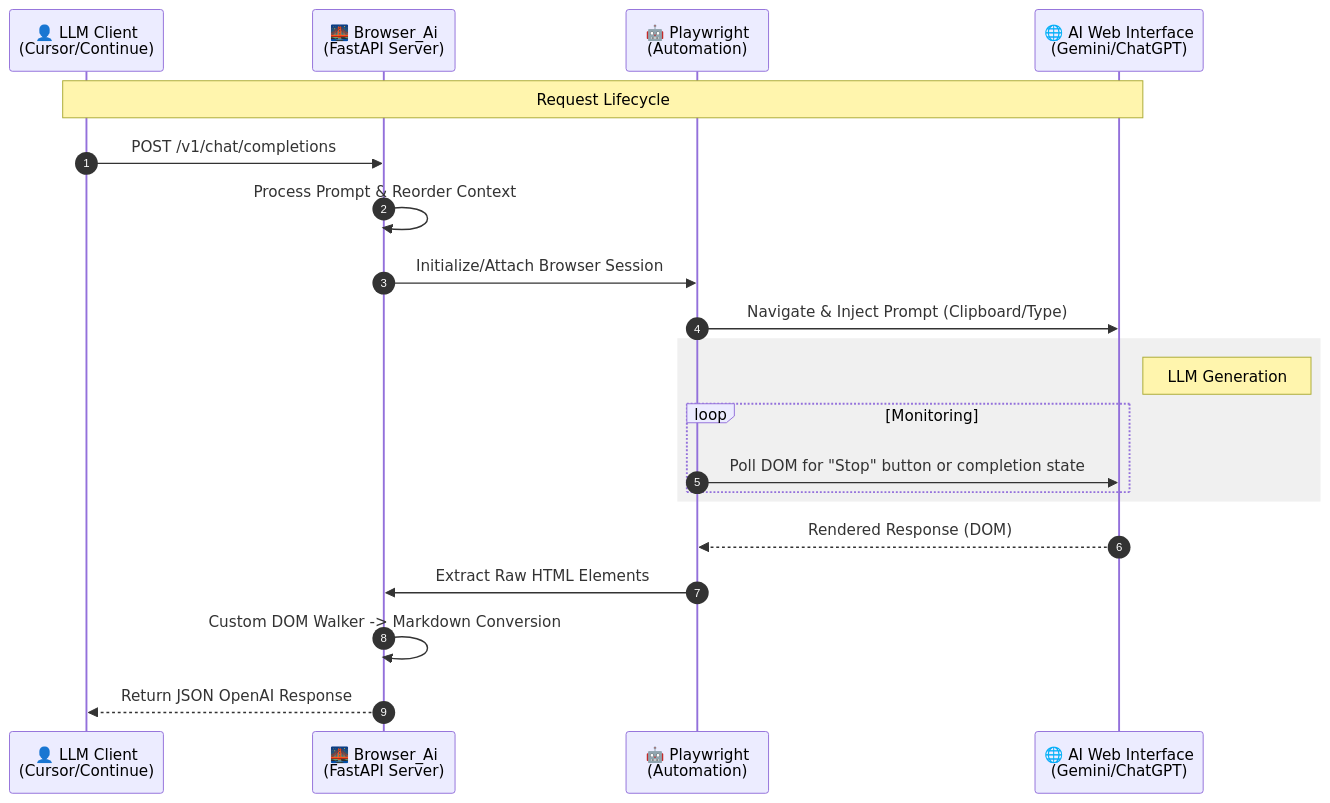
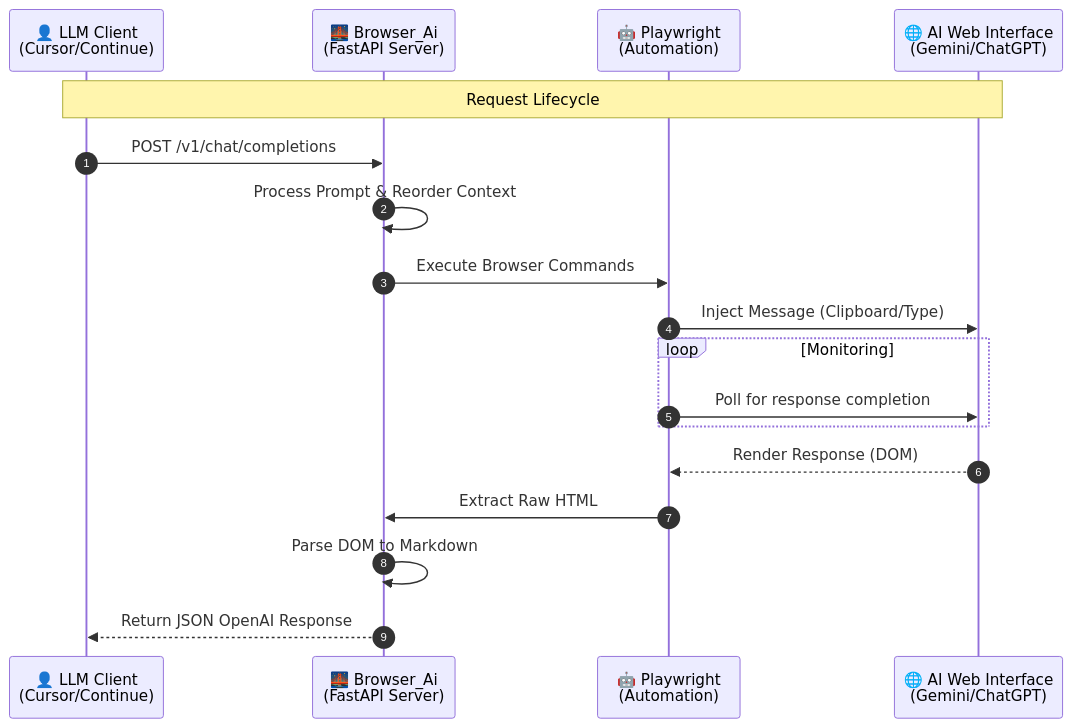
Before and after one commit to VOID1793/browser_ai: the diagram in README.md, drawn with Mermaid. The commit also changed other lines of this file and 8 other files, not shown here.

````diff
--- a/README.md
+++ b/README.md
@@ -45,27 +45,24 @@
 ```mermaid
 sequenceDiagram
     autonumber
     participant Client as 👤 LLM Client<br/>(Cursor/Continue)
     participant Bridge as 🌉 Browser_Ai<br/>(FastAPI Server)
     participant Playwright as 🤖 Playwright<br/>(Automation)
     participant WebUI as 🌐 AI Web Interface<br/>(Gemini/ChatGPT)
 
     Note over Client, WebUI: Request Lifecycle
 
     Client->>Bridge: POST /v1/chat/completions
     Bridge->>Bridge: Process Prompt & Reorder Context
-    Bridge->>Playwright: Initialize/Attach Browser Session
-    Playwright->>WebUI: Navigate & Inject Prompt (Clipboard/Type)
+    Bridge->>Playwright: Execute Browser Commands
+    Playwright->>WebUI: Inject Message (Clipboard/Type)
 
-    rect rgb(240, 240, 240)
-    Note right of WebUI: LLM Generation
     loop Monitoring
-        Playwright->>WebUI: Poll DOM for "Stop" button or completion state
-    end
+        Playwright->>WebUI: Poll for response completion
     end
 
-    WebUI-->>Playwright: Rendered Response (DOM)
-    Playwright->>Bridge: Extract Raw HTML Elements
-    Bridge->>Bridge: Custom DOM Walker -> Markdown Conversion
+    WebUI-->>Playwright: Render Response (DOM)
+    Playwright->>Bridge: Extract Raw HTML
+    Bridge->>Bridge: Parse DOM to Markdown
     Bridge-->>Client: Return JSON OpenAI Response
 ```
````
